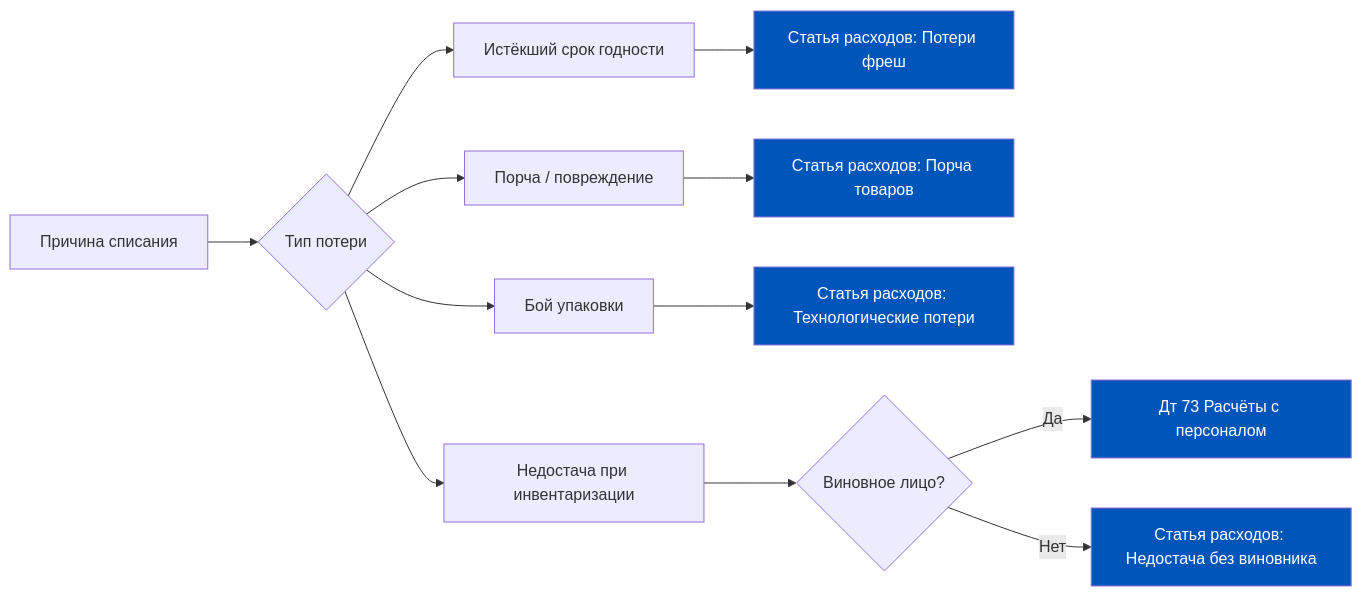
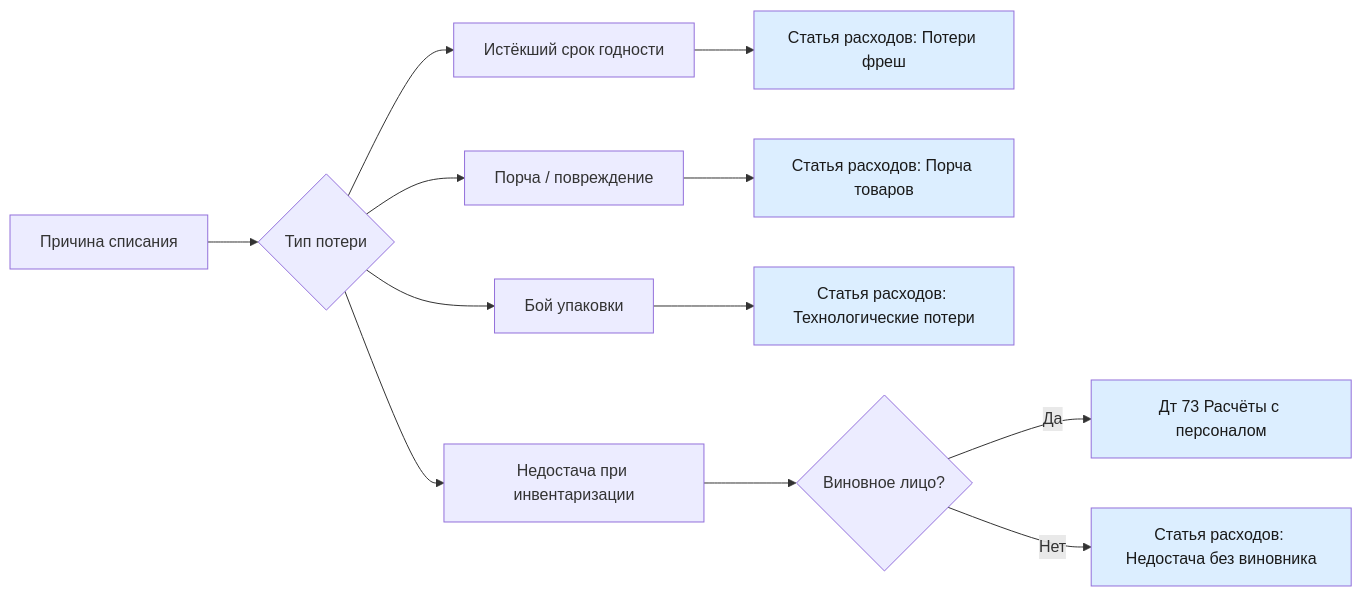
One commit to murad1986/1c-erp-quartz changed the second of 9 diagrams in content/1c-erp/week_5/Неделя 5 - День 4 - Оприходование и списание.md. Above: the diagram before and after it, drawn with Mermaid. The commit also changed other lines of this file and 57 other files, not shown here.

First line of the commit message:
fix: Mermaid — пастельные цвета в источниках диаграмм (56 файлов)

````diff
--- a/content/1c-erp/week_5/Неделя 5 - День 4 - Оприходование и списание.md
+++ b/content/1c-erp/week_5/Неделя 5 - День 4 - Оприходование и списание.md
@@ -109,21 +109,21 @@
 ```mermaid
 flowchart LR
     A[Причина списания] --> B{Тип потери}
     B --> C[Истёкший срок годности]
     B --> D[Порча / повреждение]
     B --> E[Бой упаковки]
     B --> F[Недостача при инвентаризации]
 
     C --> G[Статья расходов: Потери фреш]
     D --> H[Статья расходов: Порча товаров]
     E --> I[Статья расходов: Технологические потери]
     F --> J{Виновное лицо?}
     J -- Да --> K[Дт 73 Расчёты с персоналом]
     J -- Нет --> L[Статья расходов: Недостача без виновника]
 
-    style G fill:#0055BB,color:#fff
-    style H fill:#0055BB,color:#fff
-    style I fill:#0055BB,color:#fff
-    style K fill:#0055BB,color:#fff
-    style L fill:#0055BB,color:#fff
+    style G fill:#dceeff,color:#1a1a1a
+    style H fill:#dceeff,color:#1a1a1a
+    style I fill:#dceeff,color:#1a1a1a
+    style K fill:#dceeff,color:#1a1a1a
+    style L fill:#dceeff,color:#1a1a1a
 ```
````
